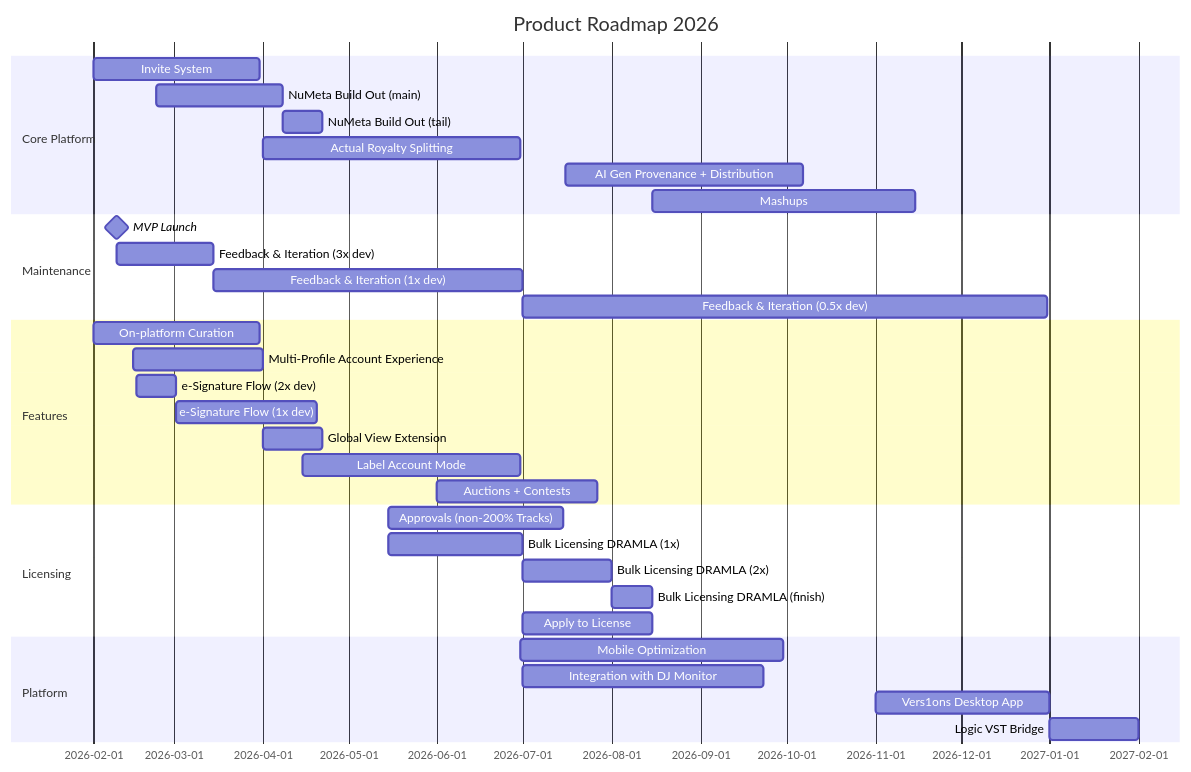
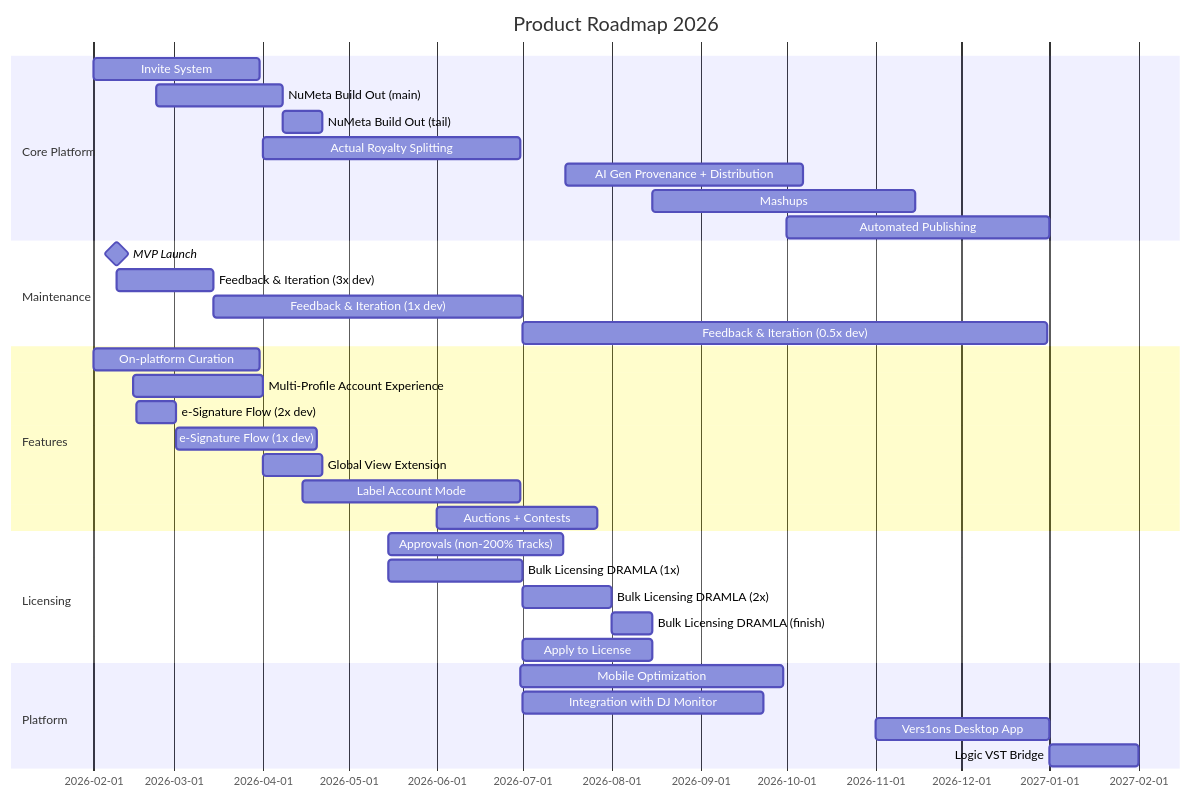
One commit to ARC-H1VE/vers1ons-roadmap changed the diagram in roadmap.md. Above: the diagram before and after it, drawn with Mermaid. The commit also changed other lines of this file and 1 other file, not shown here.

First line of the commit message:
Add Automated Publishing, rebalance Actual schedule

````diff
--- a/roadmap.md
+++ b/roadmap.md
@@ -112,41 +113,42 @@
 ```mermaid
 gantt
     title Product Roadmap 2026
     dateFormat YYYY-MM-DD
 
     section Core Platform
     Invite System                    :2026-02-01, 2026-03-31
     NuMeta Build Out (main)          :2026-02-23, 2026-04-08
     NuMeta Build Out (tail)          :2026-04-08, 2026-04-22
     Actual Royalty Splitting         :2026-04-01, 2026-06-30
     AI Gen Provenance + Distribution :2026-07-16, 2026-10-07
     Mashups                          :2026-08-15, 2026-11-15
+    Automated Publishing             :2026-10-01, 2027-01-01
 
     section Maintenance
     MVP Launch                       :milestone, 2026-02-09, 0d
     Feedback & Iteration (3x dev)    :2026-02-09, 2026-03-15
     Feedback & Iteration (1x dev)    :2026-03-15, 2026-07-01
     Feedback & Iteration (0.5x dev)  :2026-07-01, 2026-12-31
 
     section Features
     On-platform Curation             :2026-02-01, 2026-03-31
     Multi-Profile Account Experience :2026-02-15, 2026-04-01
     e-Signature Flow (2x dev)        :2026-02-16, 2026-03-02
     e-Signature Flow (1x dev)        :2026-03-02, 2026-04-20
     Global View Extension            :2026-04-01, 2026-04-22
     Label Account Mode               :2026-04-15, 2026-06-30
     Auctions + Contests              :2026-06-01, 2026-07-27
 
     section Licensing
     Approvals (non-200% Tracks)      :2026-05-15, 2026-07-15
     Bulk Licensing DRAMLA (1x)       :2026-05-15, 2026-07-01
     Bulk Licensing DRAMLA (2x)       :2026-07-01, 2026-08-01
     Bulk Licensing DRAMLA (finish)   :2026-08-01, 2026-08-15
     Apply to License                 :2026-07-01, 2026-08-15
 
     section Platform
     Mobile Optimization              :2026-06-30, 2026-09-30
     Integration with DJ Monitor      :2026-07-01, 2026-09-23
     Vers1ons Desktop App             :2026-11-01, 2027-01-01
     Logic VST Bridge                 :2027-01-01, 2027-02-01
 ```
````
